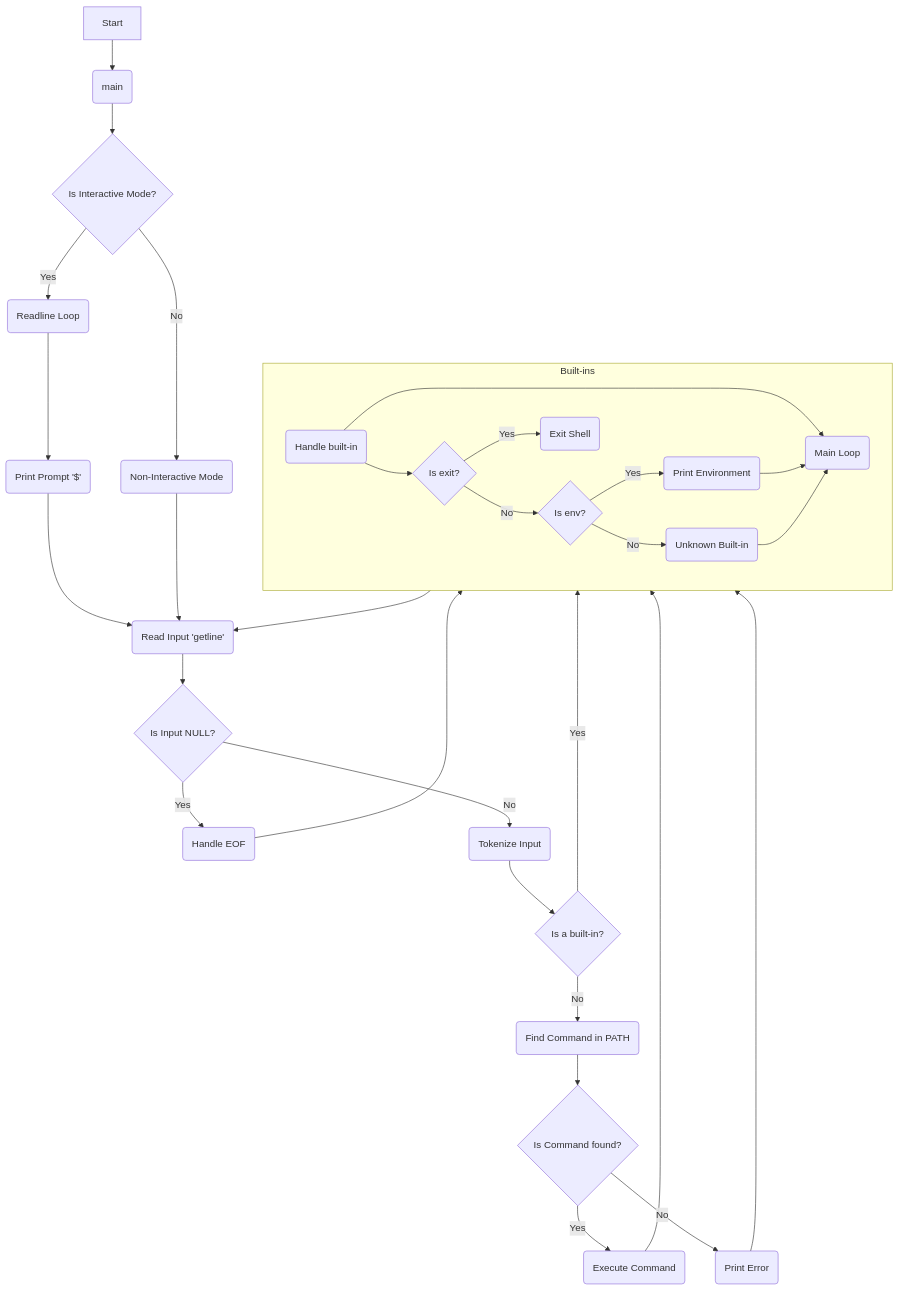
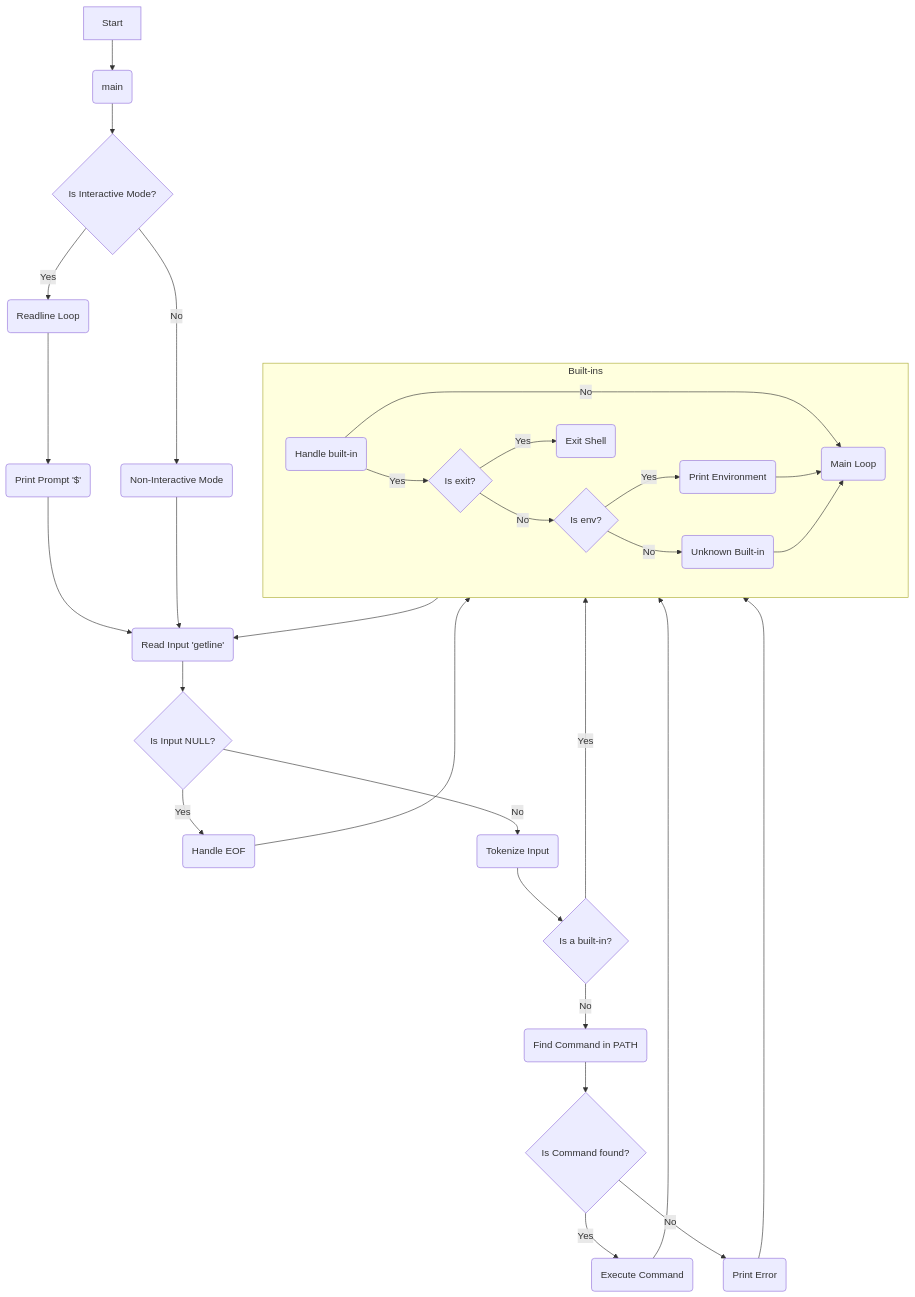
The diagram in README.md (vtiquet/holbertonschool-simple_shell), drawn with Mermaid before and after one commit.

Commit message:
Clarify command flow in README diagram

````diff
--- a/README.md
+++ b/README.md
@@ -66,37 +66,37 @@
 ```mermaid
 flowchart TD
 
 	A[Start] --> B(main);
 	B --> C{Is Interactive Mode?};
 	C -- Yes --> D(Readline Loop);
 	C -- No --> E(Non-Interactive Mode);
 	D --> F(Print Prompt '$');
 	F --> G(Read Input 'getline');
 	E --> G;
 	G --> H{Is Input NULL?};
 	H -- Yes --> I(Handle EOF);
 	H -- No --> J(Tokenize Input);
 	J --> K{Is a built-in?};
 	K -- Yes --> L(Handle built-in);
 	K -- No --> M(Find Command in PATH);
 	M --> N{Is Command found?};
 	N -- Yes --> O(Execute Command);
 	N -- No --> P(Print Error);
-	L --> Q(Main Loop);
+	L -- No --> Q(Main Loop);
 	O --> Q;
 	P --> Q;
 	I --> R(Exit Shell);
 	Q --> G;
 
 subgraph Built-ins
 direction LR
-	L --> S{Is exit?};
+	L -- Yes --> S{Is exit?};
 	S -- Yes --> R;
 	S -- No --> T{Is env?};
 	T -- Yes --> U(Print Environment);
 	T -- No --> V(Unknown Built-in);
 	U --> Q;
 	V --> Q;
 
 	end
 ```
````
